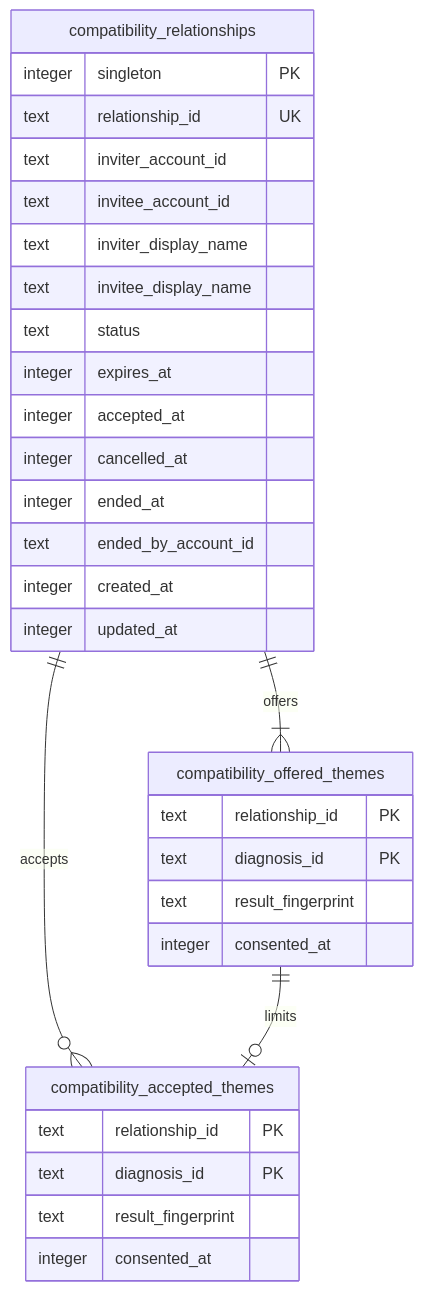
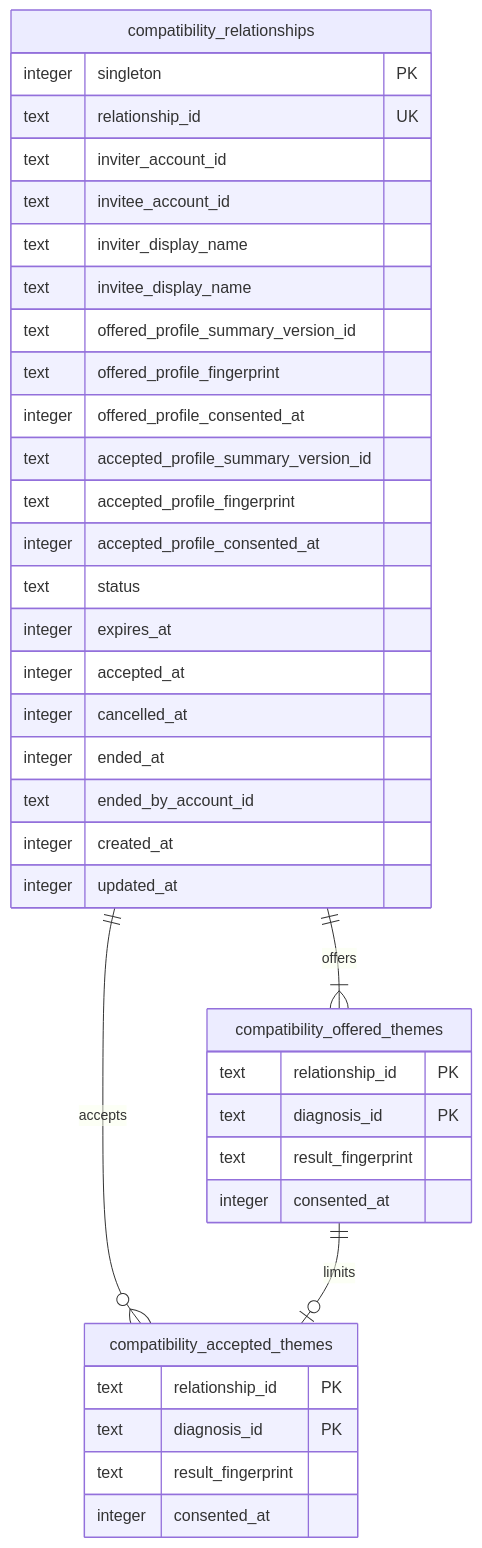
One commit to kkyosuke/me-builder changed the third of 4 diagrams in docs/architecture/compatibility-data-design.md. Above: the diagram before and after it, drawn with Mermaid. The commit also changed 43 other files, not shown here.

````diff
--- a/docs/architecture/compatibility-data-design.md
+++ b/docs/architecture/compatibility-data-design.md
@@ -54,35 +54,41 @@
 ```mermaid
 erDiagram
     compatibility_relationships ||--|{ compatibility_offered_themes : offers
     compatibility_relationships ||--o{ compatibility_accepted_themes : accepts
     compatibility_offered_themes ||--o| compatibility_accepted_themes : limits
 
     compatibility_relationships {
       integer singleton PK
       text relationship_id UK
       text inviter_account_id
       text invitee_account_id
       text inviter_display_name
       text invitee_display_name
+      text offered_profile_summary_version_id
+      text offered_profile_fingerprint
+      integer offered_profile_consented_at
+      text accepted_profile_summary_version_id
+      text accepted_profile_fingerprint
+      integer accepted_profile_consented_at
       text status
       integer expires_at
       integer accepted_at
       integer cancelled_at
       integer ended_at
       text ended_by_account_id
       integer created_at
       integer updated_at
     }
     compatibility_offered_themes {
       text relationship_id PK
       text diagnosis_id PK
       text result_fingerprint
       integer consented_at
     }
     compatibility_accepted_themes {
       text relationship_id PK
       text diagnosis_id PK
       text result_fingerprint
       integer consented_at
     }
 ```
````
